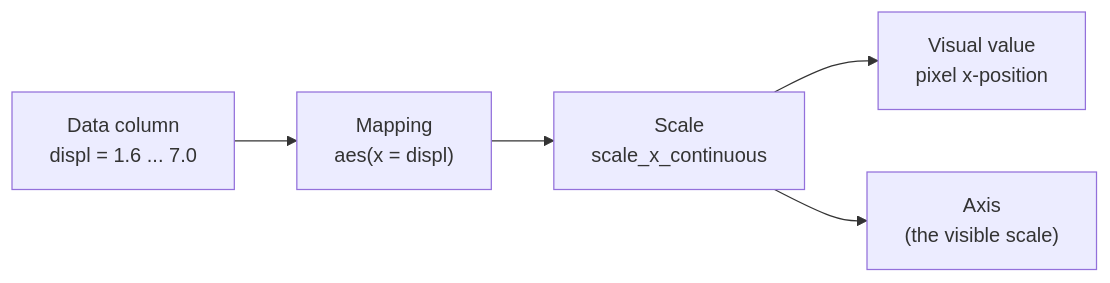
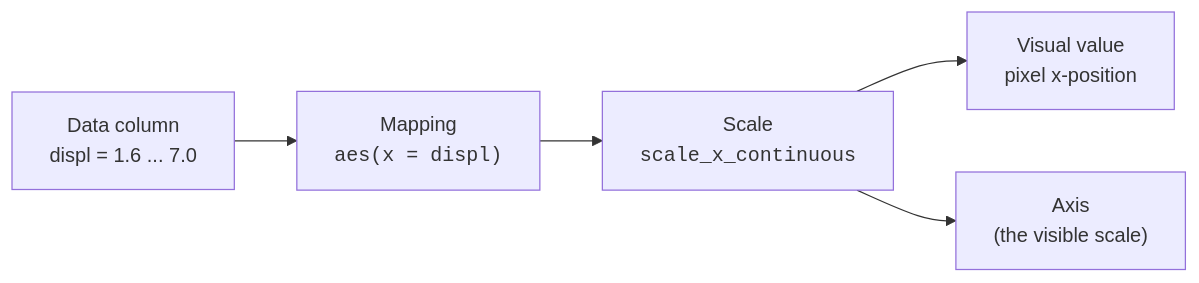
The diagram in content/learn/mastering-ggplot2/what-scales-do.mdx (dataslope/dataslope), drawn with Mermaid before and after one commit. The commit also changed 153 other files, not shown here.

First line of the commit message:
Render code-only mermaid shapes in monospace; convert step sequences to Steps

````diff
--- a/content/learn/mastering-ggplot2/what-scales-do.mdx
+++ b/content/learn/mastering-ggplot2/what-scales-do.mdx
@@ -17,7 +17,7 @@
 ```mermaid
 flowchart LR
-    COL["Data column<br/>displ = 1.6 ... 7.0"] --> MAP["Mapping<br/>aes(x = displ)"]
-    MAP --> SCALE["Scale<br/>scale_x_continuous"]
+    COL["Data column<br/>displ = 1.6 ... 7.0"] --> MAP["Mapping<br/><code>aes(x = displ)</code>"]
+    MAP --> SCALE["Scale<br/><code>scale_x_continuous</code>"]
     SCALE --> PIX["Visual value<br/>pixel x-position"]
     SCALE --> AXIS["Axis<br/>(the visible scale)"]
 ```
````
